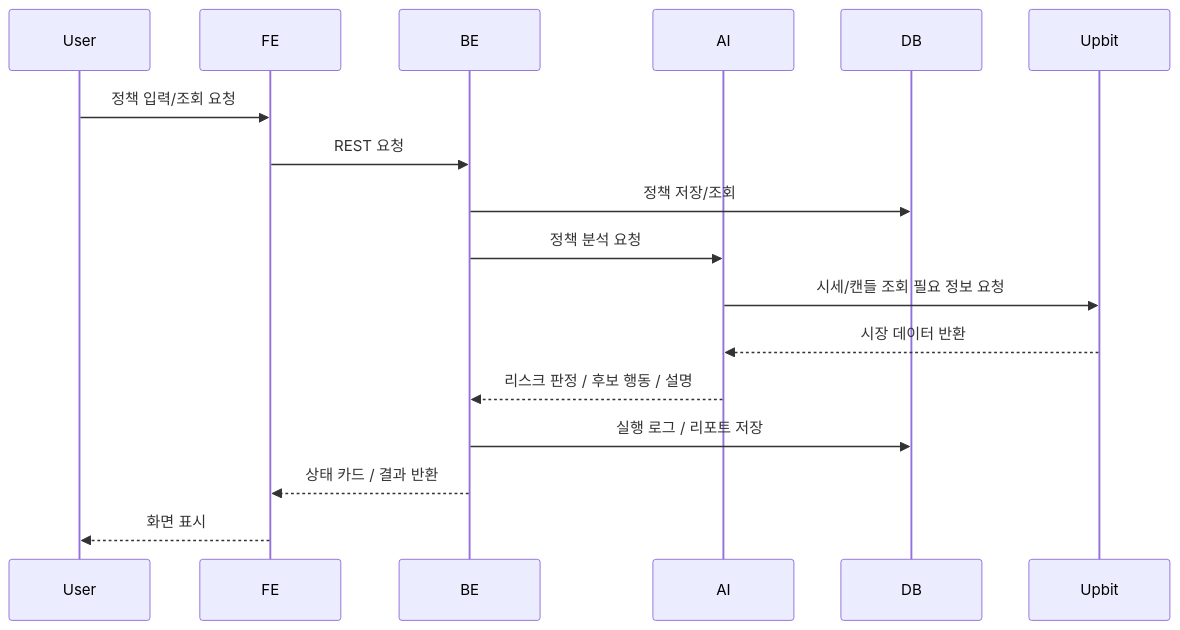
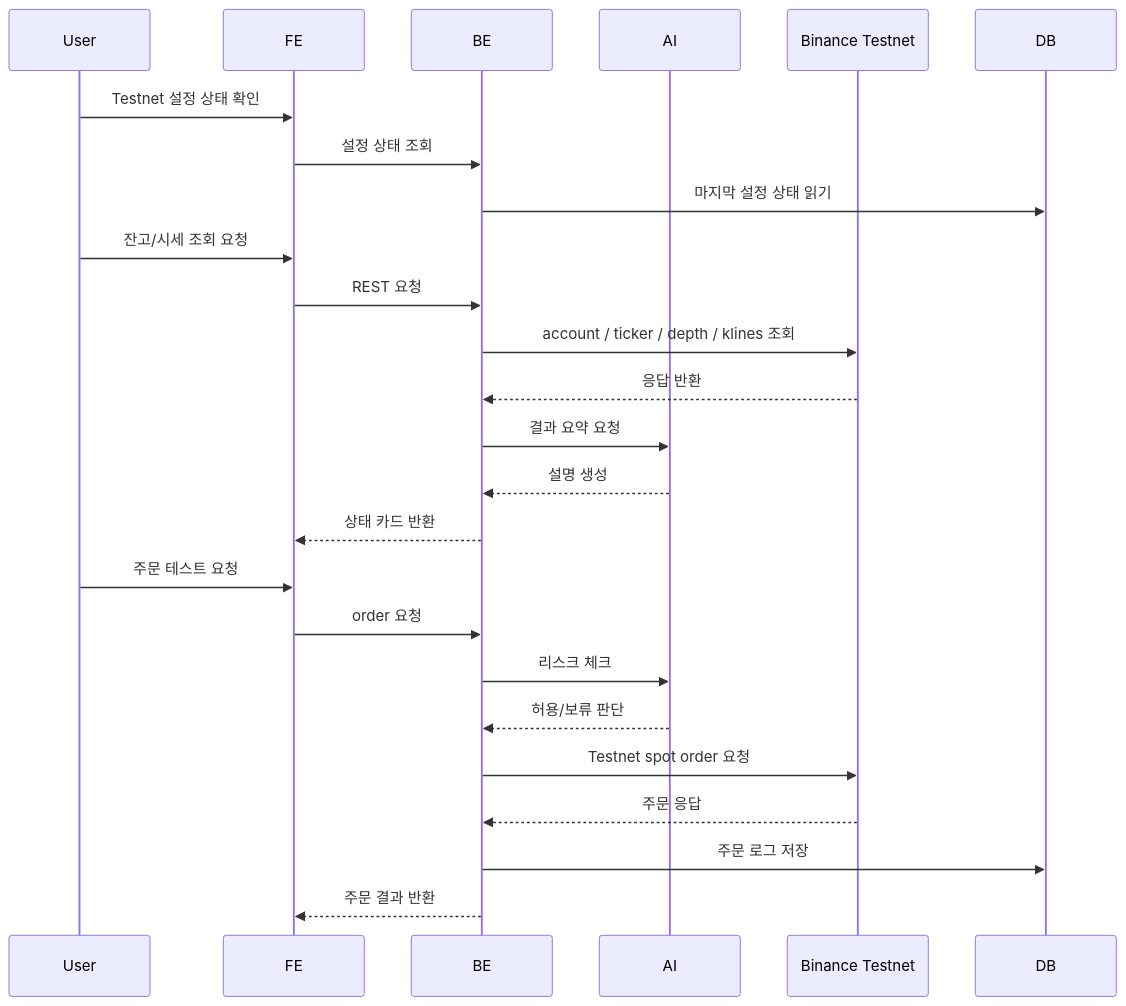
The third of 4 diagrams in ARCHITECTURE.md (UpstageAI/sw-maestro-project), drawn with Mermaid before and after one commit. The commit also changed other lines of this file and 8 other files, not shown here.

Commit message:
refactor: rewrite docs for Binance Spot Testnet trading flow

````diff
--- a/ARCHITECTURE.md
+++ b/ARCHITECTURE.md
@@ -82,20 +86,28 @@
 ```mermaid
 sequenceDiagram
     participant U as User
     participant F as FE
     participant B as BE
     participant A as AI
+    participant T as Binance Testnet
     participant D as DB
-    participant P as Upbit
 
-    U->>F: 정책 입력/조회 요청
+    U->>F: Testnet 설정 상태 확인
+    F->>B: 설정 상태 조회
+    B->>D: 마지막 설정 상태 읽기
+    U->>F: 잔고/시세 조회 요청
     F->>B: REST 요청
-    B->>D: 정책 저장/조회
-    B->>A: 정책 분석 요청
-    A->>P: 시세/캔들 조회 필요 정보 요청
-    P-->>A: 시장 데이터 반환
-    A-->>B: 리스크 판정 / 후보 행동 / 설명
-    B->>D: 실행 로그 / 리포트 저장
-    B-->>F: 상태 카드 / 결과 반환
-    F-->>U: 화면 표시
+    B->>T: account / ticker / depth / klines 조회
+    T-->>B: 응답 반환
+    B->>A: 결과 요약 요청
+    A-->>B: 설명 생성
+    B-->>F: 상태 카드 반환
+    U->>F: 주문 테스트 요청
+    F->>B: order 요청
+    B->>A: 리스크 체크
+    A-->>B: 허용/보류 판단
+    B->>T: Testnet spot order 요청
+    T-->>B: 주문 응답
+    B->>D: 주문 로그 저장
+    B-->>F: 주문 결과 반환
 ```
````
